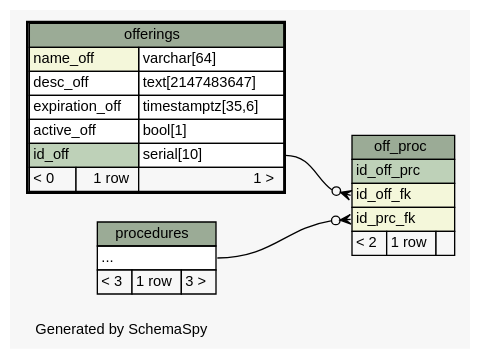
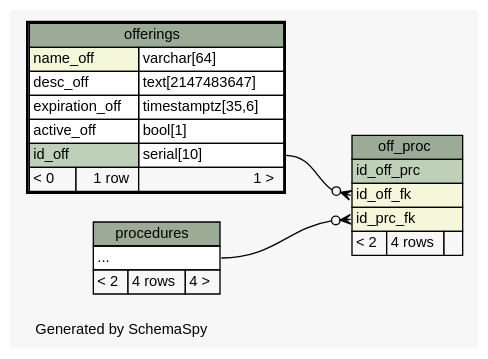
One commit to istSOS/istsos2 changed the diagram in documentation/_static/istsosDB/diagrams/offerings.2degrees.dot. Above: the diagram before and after it, drawn with Graphviz. The commit also changed 92 other files, not shown here.

Commit message:
add new schema documentation

```diff
--- a/documentation/_static/istsosDB/diagrams/offerings.2degrees.dot
+++ b/documentation/_static/istsosDB/diagrams/offerings.2degrees.dot
@@ -1,60 +1,60 @@
-// dot 2.26.3 on Linux 3.2.0-38-generic-pae
-// SchemaSpy rev 590
+// dot 2.36.0 on Linux 3.16.7-031607-generic
+// SchemaSpy rev Unknown
 digraph "twoDegreesRelationshipsDiagram" {
   graph [
     rankdir="RL"
     bgcolor="#f7f7f7"
     label="\nGenerated by SchemaSpy"
     labeljust="l"
     nodesep="0.18"
     ranksep="0.46"
     fontname="Helvetica"
     fontsize="11"
   ];
   node [
     fontname="Helvetica"
     fontsize="11"
     shape="plaintext"
   ];
   edge [
     arrowsize="0.8"
   ];
   "off_proc":"id_off_fk":w -> "offerings":"id_off.type":e [arrowhead=none dir=back arrowtail=crowodot];
   "off_proc":"id_prc_fk":w -> "procedures":"elipses":e [arrowhead=none dir=back arrowtail=crowodot];
   "off_proc" [
     label=<
     <TABLE BORDER="0" CELLBORDER="1" CELLSPACING="0" BGCOLOR="#ffffff">
       <TR><TD COLSPAN="3" BGCOLOR="#9bab96" ALIGN="CENTER">off_proc</TD></TR>
       <TR><TD PORT="id_off_prc" COLSPAN="3" BGCOLOR="#bed1b8" ALIGN="LEFT">id_off_prc</TD></TR>
       <TR><TD PORT="id_off_fk" COLSPAN="3" BGCOLOR="#f4f7da" ALIGN="LEFT">id_off_fk</TD></TR>
       <TR><TD PORT="id_prc_fk" COLSPAN="3" BGCOLOR="#f4f7da" ALIGN="LEFT">id_prc_fk</TD></TR>
-      <TR><TD ALIGN="LEFT" BGCOLOR="#f7f7f7">&lt; 2</TD><TD ALIGN="RIGHT" BGCOLOR="#f7f7f7">1 row</TD><TD ALIGN="RIGHT" BGCOLOR="#f7f7f7">  </TD></TR>
+      <TR><TD ALIGN="LEFT" BGCOLOR="#f7f7f7">&lt; 2</TD><TD ALIGN="RIGHT" BGCOLOR="#f7f7f7">4 rows</TD><TD ALIGN="RIGHT" BGCOLOR="#f7f7f7">  </TD></TR>
     </TABLE>>
     URL="off_proc.html"
     tooltip="off_proc"
   ];
   "offerings" [
     label=<
     <TABLE BORDER="2" CELLBORDER="1" CELLSPACING="0" BGCOLOR="#ffffff">
       <TR><TD COLSPAN="3" BGCOLOR="#9bab96" ALIGN="CENTER">offerings</TD></TR>
       <TR><TD PORT="name_off" COLSPAN="2" BGCOLOR="#f4f7da" ALIGN="LEFT">name_off</TD><TD PORT="name_off.type" ALIGN="LEFT">varchar[64]</TD></TR>
       <TR><TD PORT="desc_off" COLSPAN="2" ALIGN="LEFT">desc_off</TD><TD PORT="desc_off.type" ALIGN="LEFT">text[2147483647]</TD></TR>
       <TR><TD PORT="expiration_off" COLSPAN="2" ALIGN="LEFT">expiration_off</TD><TD PORT="expiration_off.type" ALIGN="LEFT">timestamptz[35,6]</TD></TR>
       <TR><TD PORT="active_off" COLSPAN="2" ALIGN="LEFT">active_off</TD><TD PORT="active_off.type" ALIGN="LEFT">bool[1]</TD></TR>
       <TR><TD PORT="id_off" COLSPAN="2" BGCOLOR="#bed1b8" ALIGN="LEFT">id_off</TD><TD PORT="id_off.type" ALIGN="LEFT">serial[10]</TD></TR>
       <TR><TD ALIGN="LEFT" BGCOLOR="#f7f7f7">&lt; 0</TD><TD ALIGN="RIGHT" BGCOLOR="#f7f7f7">1 row</TD><TD ALIGN="RIGHT" BGCOLOR="#f7f7f7">1 &gt;</TD></TR>
     </TABLE>>
     URL="offerings.html"
     tooltip="offerings"
   ];
   "procedures" [
     label=<
     <TABLE BORDER="0" CELLBORDER="1" CELLSPACING="0" BGCOLOR="#ffffff">
       <TR><TD COLSPAN="3" BGCOLOR="#9bab96" ALIGN="CENTER">procedures</TD></TR>
       <TR><TD PORT="elipses" COLSPAN="3" ALIGN="LEFT">...</TD></TR>
-      <TR><TD ALIGN="LEFT" BGCOLOR="#f7f7f7">&lt; 3</TD><TD ALIGN="RIGHT" BGCOLOR="#f7f7f7">1 row</TD><TD ALIGN="RIGHT" BGCOLOR="#f7f7f7">3 &gt;</TD></TR>
+      <TR><TD ALIGN="LEFT" BGCOLOR="#f7f7f7">&lt; 2</TD><TD ALIGN="RIGHT" BGCOLOR="#f7f7f7">4 rows</TD><TD ALIGN="RIGHT" BGCOLOR="#f7f7f7">4 &gt;</TD></TR>
     </TABLE>>
     URL="procedures.html"
     tooltip="procedures"
   ];
 }
```
